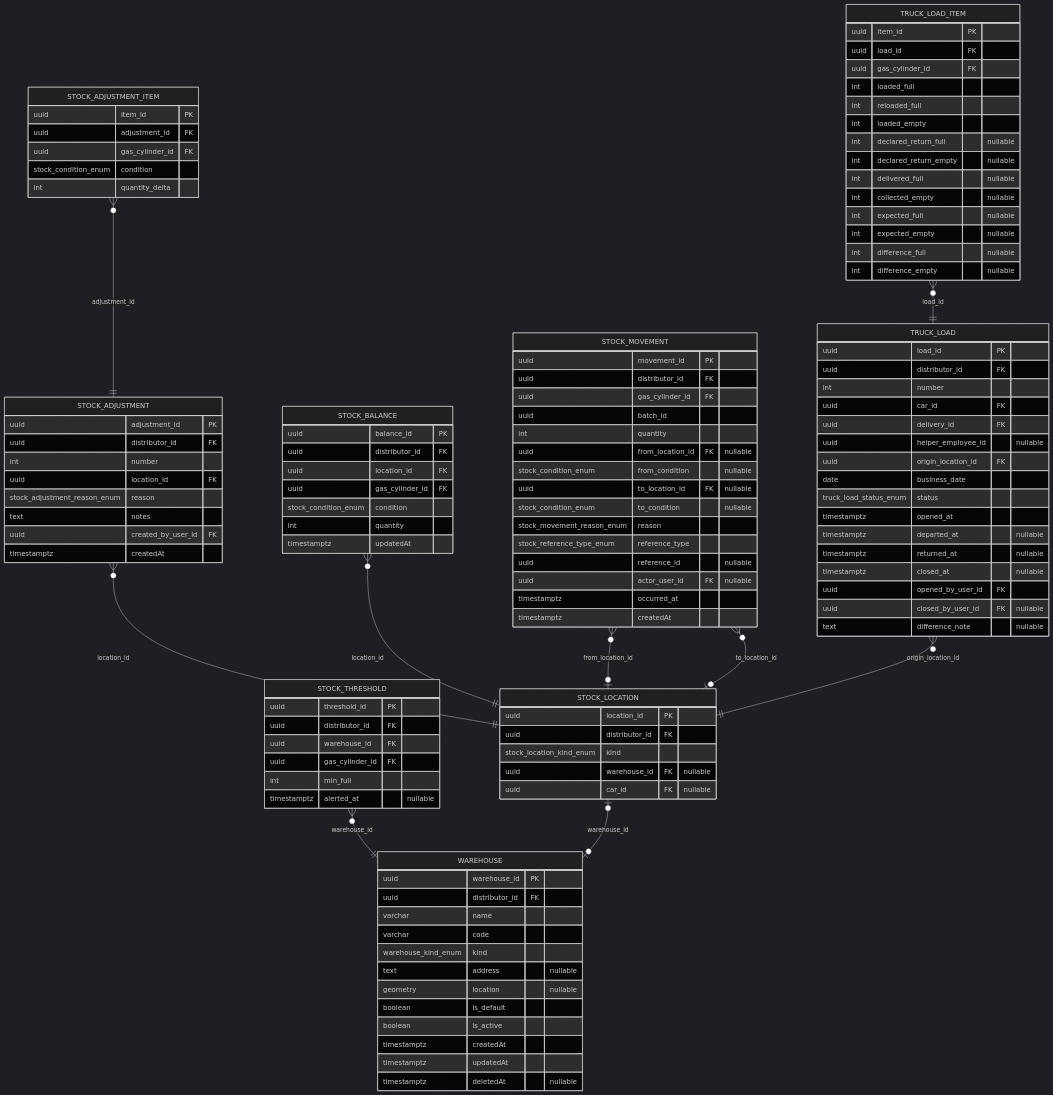
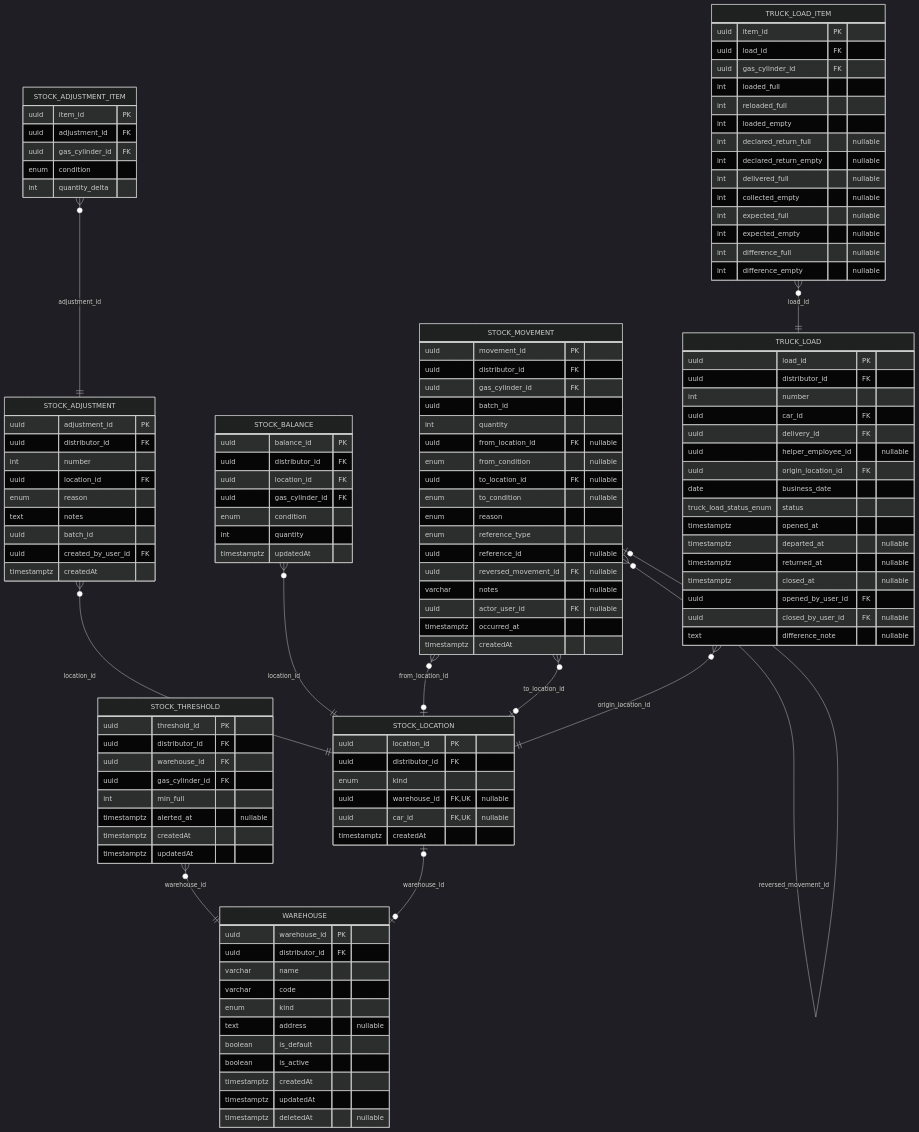
Before and after one commit to Nahuelito-Dev/splg-docs: diagram 11 of 15 in diagramas/base-de-datos/SPLG-der-mermaid.md, drawn with Mermaid (dark theme). The commit also changed other lines of this file and 298 other files, not shown here.

```diff
--- a/diagramas/base-de-datos/SPLG-der-mermaid.md
+++ b/diagramas/base-de-datos/SPLG-der-mermaid.md
@@ -819,6 +828,7 @@
     STOCK_ADJUSTMENT }o--|| STOCK_LOCATION : "location_id"
     STOCK_BALANCE }o--|| STOCK_LOCATION : "location_id"
     STOCK_MOVEMENT }o--o| STOCK_LOCATION : "from_location_id"
+    STOCK_MOVEMENT }o--o| STOCK_MOVEMENT : "reversed_movement_id"
     STOCK_MOVEMENT }o--o| STOCK_LOCATION : "to_location_id"
     TRUCK_LOAD }o--|| STOCK_LOCATION : "origin_location_id"
     STOCK_ADJUSTMENT_ITEM }o--|| STOCK_ADJUSTMENT : "adjustment_id"
@@ -829,9 +839,8 @@
         uuid distributor_id FK
         varchar name
         varchar code
-        warehouse_kind_enum kind
+        enum kind
         text address "nullable"
-        geometry location "nullable"
         boolean is_default
         boolean is_active
         timestamptz createdAt
@@ -845,21 +854,25 @@
         uuid gas_cylinder_id FK
         int min_full
         timestamptz alerted_at "nullable"
+        timestamptz createdAt
+        timestamptz updatedAt
     }
     STOCK_LOCATION {
         uuid location_id PK
         uuid distributor_id FK
-        stock_location_kind_enum kind
-        uuid warehouse_id FK "nullable"
-        uuid car_id FK "nullable"
+        enum kind
+        uuid warehouse_id FK, UK "nullable"
+        uuid car_id FK, UK "nullable"
+        timestamptz createdAt
     }
     STOCK_ADJUSTMENT {
         uuid adjustment_id PK
         uuid distributor_id FK
         int number
         uuid location_id FK
-        stock_adjustment_reason_enum reason
+        enum reason
         text notes
+        uuid batch_id
         uuid created_by_user_id FK
         timestamptz createdAt
     }
@@ -868,7 +881,7 @@
         uuid distributor_id FK
         uuid location_id FK
         uuid gas_cylinder_id FK
-        stock_condition_enum condition
+        enum condition
         int quantity
         timestamptz updatedAt
     }
@@ -879,12 +892,14 @@
         uuid batch_id
         int quantity
         uuid from_location_id FK "nullable"
-        stock_condition_enum from_condition "nullable"
+        enum from_condition "nullable"
         uuid to_location_id FK "nullable"
-        stock_condition_enum to_condition "nullable"
-        stock_movement_reason_enum reason
-        stock_reference_type_enum reference_type
+        enum to_condition "nullable"
+        enum reason
+        enum reference_type
         uuid reference_id "nullable"
+        uuid reversed_movement_id FK "nullable"
+        varchar notes "nullable"
         uuid actor_user_id FK "nullable"
         timestamptz occurred_at
         timestamptz createdAt
@@ -911,7 +926,7 @@
         uuid item_id PK
         uuid adjustment_id FK
         uuid gas_cylinder_id FK
-        stock_condition_enum condition
+        enum condition
         int quantity_delta
     }
     TRUCK_LOAD_ITEM {
```
